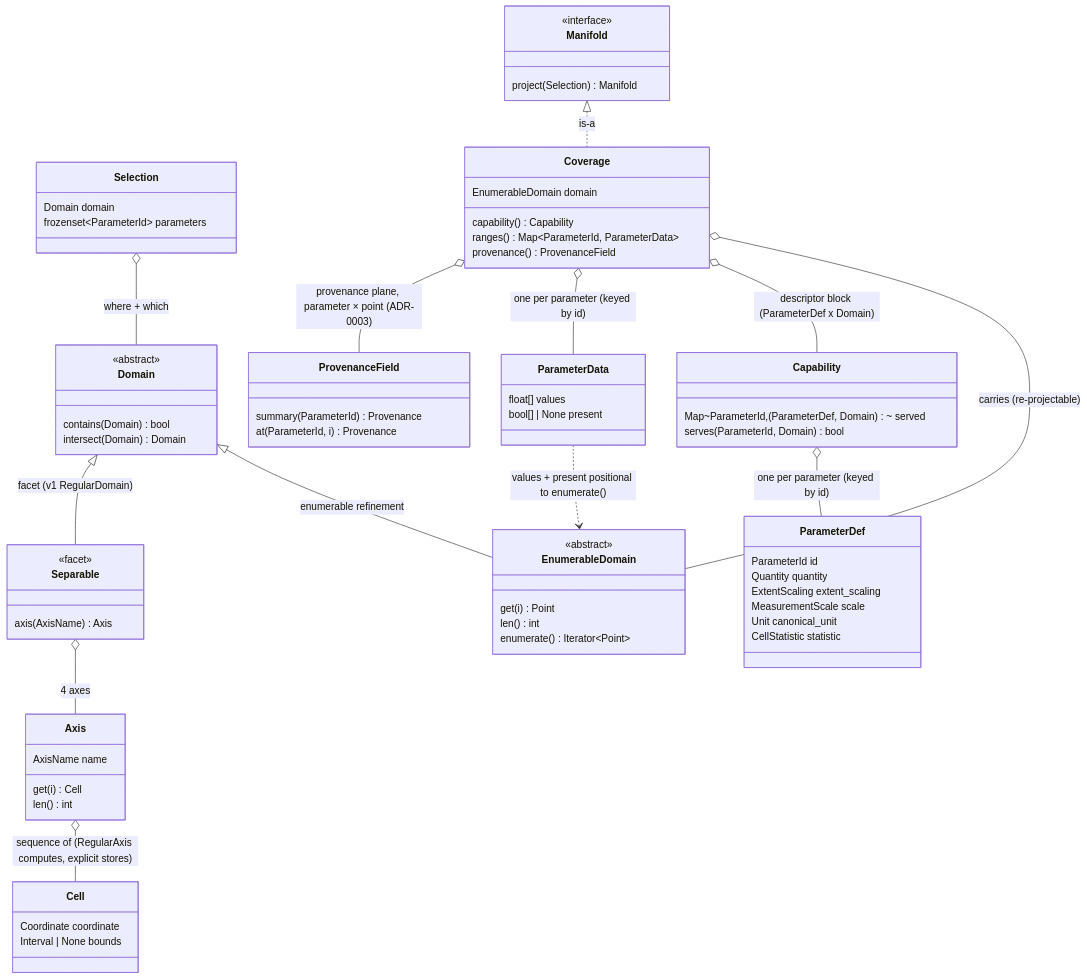
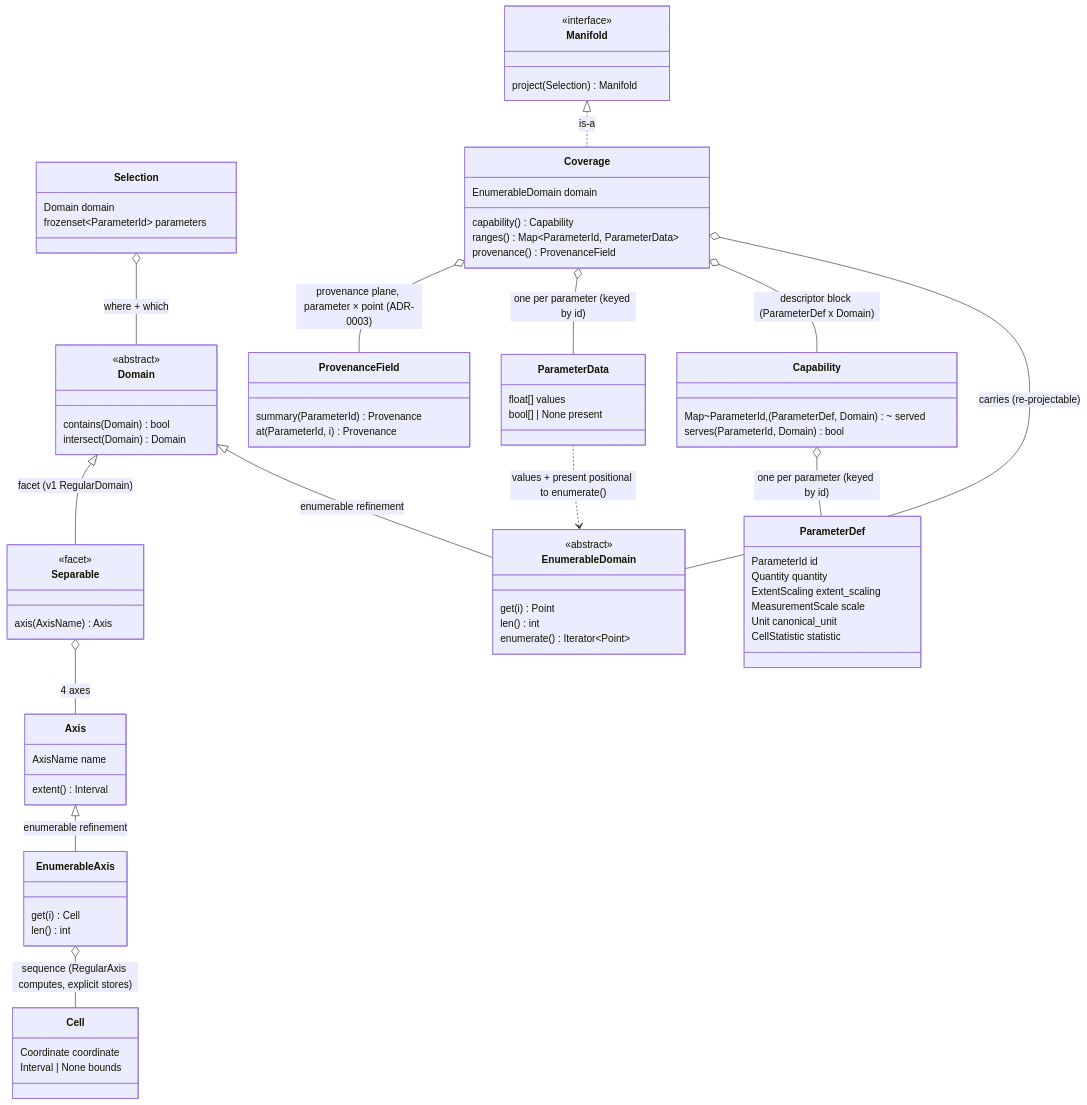
The diagram in docs/adr/0002-data-model.md (dveyarangi/meteoscape), drawn with Mermaid before and after one commit. The commit also changed other lines of this file and 21 other files, not shown here.

````diff
--- a/docs/adr/0002-data-model.md
+++ b/docs/adr/0002-data-model.md
@@ -17,74 +17,78 @@
 ```mermaid
 classDiagram
     class Manifold {
         <<interface>>
         project(Selection) Manifold
     }
     class Selection {
         Domain domain
         frozenset~ParameterId~ parameters
     }
     class Domain {
         <<abstract>>
         contains(Domain) bool
         intersect(Domain) Domain
     }
     class EnumerableDomain {
         <<abstract>>
         get(i) Point
         len() int
         enumerate() Iterator~Point~
     }
     class Separable {
         <<facet>>
         axis(AxisName) Axis
     }
     class Axis {
         AxisName name
+        extent() Interval
+    }
+    class EnumerableAxis {
         get(i) Cell
         len() int
     }
     class Cell {
         Coordinate coordinate
         Interval | None bounds
     }
     class Coverage {
         EnumerableDomain domain
         capability() Capability
         ranges() Map~ParameterId, ParameterData~
         provenance() ProvenanceField
     }
     class Capability {
         Map~ParameterId, (ParameterDef, Domain)~ served
         serves(ParameterId, Domain) bool
     }
     class ParameterData {
         float[] values
         bool[] | None present
     }
     class ParameterDef {
         ParameterId id
         Quantity quantity
         ExtentScaling extent_scaling
         MeasurementScale scale
         Unit canonical_unit
         CellStatistic statistic
     }
     class ProvenanceField {
         summary(ParameterId) Provenance
         at(ParameterId, i) Provenance
     }
 
     Manifold <|.. Coverage : is-a
     Selection o-- Domain : where + which
     Domain <|-- EnumerableDomain : enumerable refinement
     Domain <|-- Separable : facet (v1 RegularDomain)
     Separable o-- Axis : 4 axes
-    Axis o-- Cell : sequence of (RegularAxis computes, explicit stores)
+    Axis <|-- EnumerableAxis : enumerable refinement
+    EnumerableAxis o-- Cell : sequence (RegularAxis computes, explicit stores)
     Coverage o-- EnumerableDomain : carries (re-projectable)
     Coverage o-- Capability : descriptor block (ParameterDef x Domain)
     Capability o-- ParameterDef : one per parameter (keyed by id)
     Coverage o-- ParameterData : one per parameter (keyed by id)
     Coverage o-- ProvenanceField : provenance plane, parameter × point (ADR-0003)
     ParameterData ..> EnumerableDomain : values + present positional to enumerate()
 ```
````
